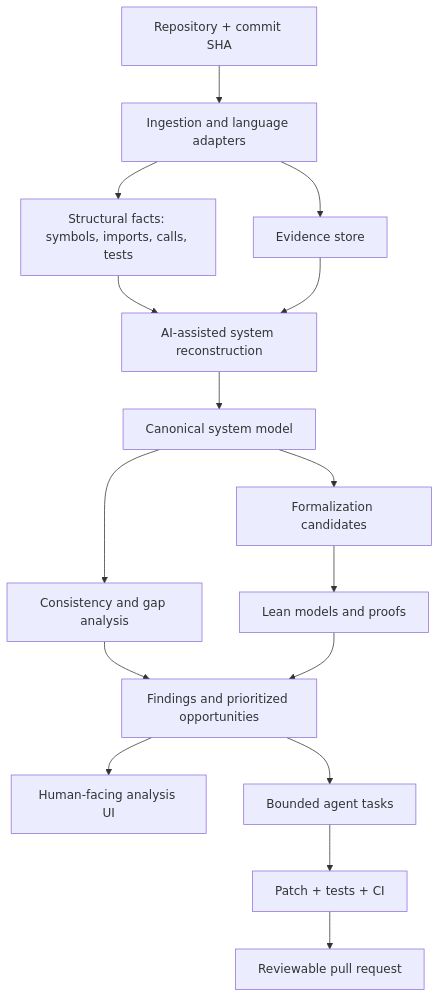
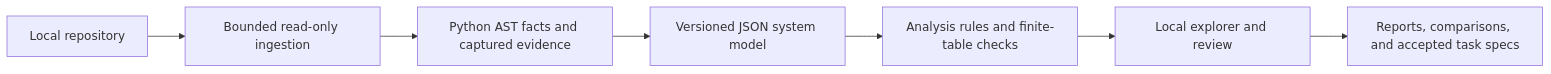
One commit to qzyu999/code-form changed the diagram in README.md. Above: the diagram before and after it, drawn with Mermaid. The commit also changed other lines of this file and 38 other files, not shown here.

Commit message:
Build local Python system explorer with operating guides

````diff
--- a/README.md
+++ b/README.md
@@ -32,18 +144,9 @@
 ```mermaid
-flowchart TD
-    A[Repository + commit SHA] --> B[Ingestion and language adapters]
-    B --> C[Evidence store]
-    B --> D[Structural facts: symbols, imports, calls, tests]
-    D --> E[AI-assisted system reconstruction]
-    C --> E
-    E --> F[Canonical system model]
-    F --> G[Consistency and gap analysis]
-    F --> H[Formalization candidates]
-    H --> I[Lean models and proofs]
-    G --> J[Findings and prioritized opportunities]
-    I --> J
-    J --> K[Human-facing analysis UI]
-    J --> L[Bounded agent tasks]
-    L --> M[Patch + tests + CI]
-    M --> N[Reviewable pull request]
+flowchart LR
+    A[Local repository] --> B[Bounded read-only ingestion]
+    B --> C[Python AST facts and captured evidence]
+    C --> D[Versioned JSON system model]
+    D --> E[Analysis rules and finite-table checks]
+    E --> F[Local explorer and review]
+    F --> G[Reports, comparisons, and accepted task specs]
 ```
````
